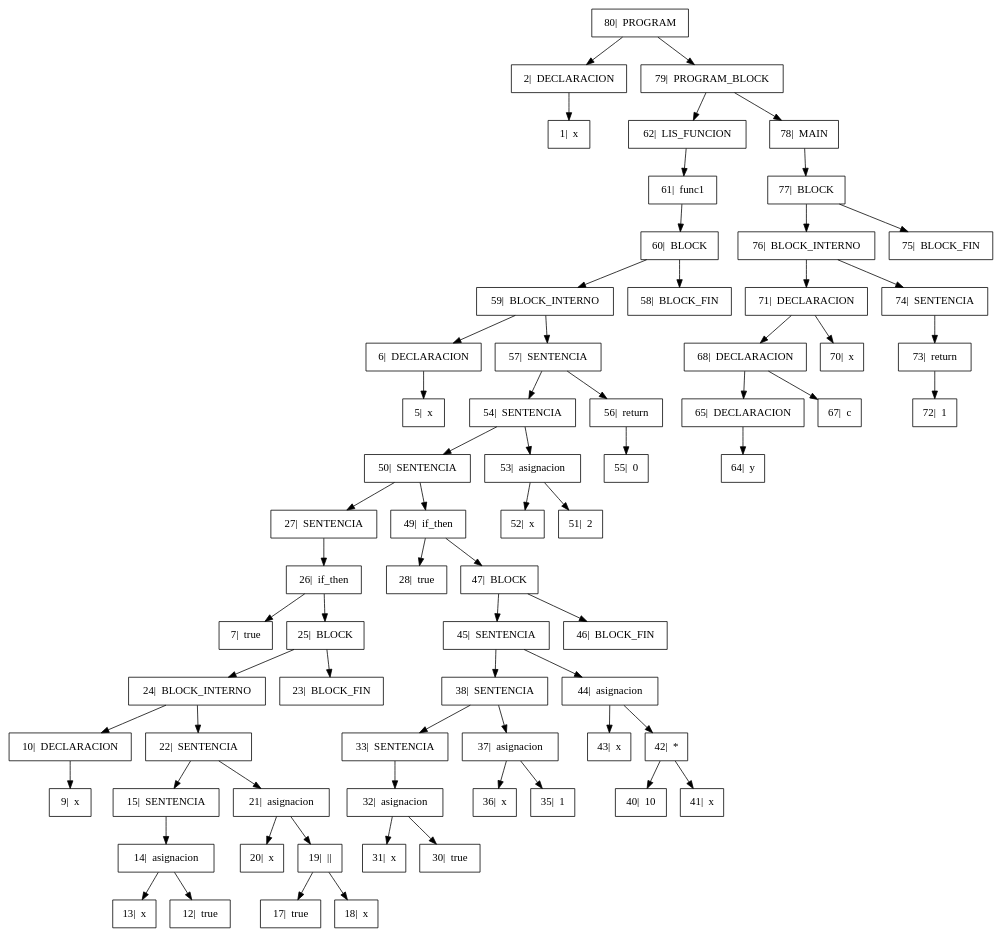
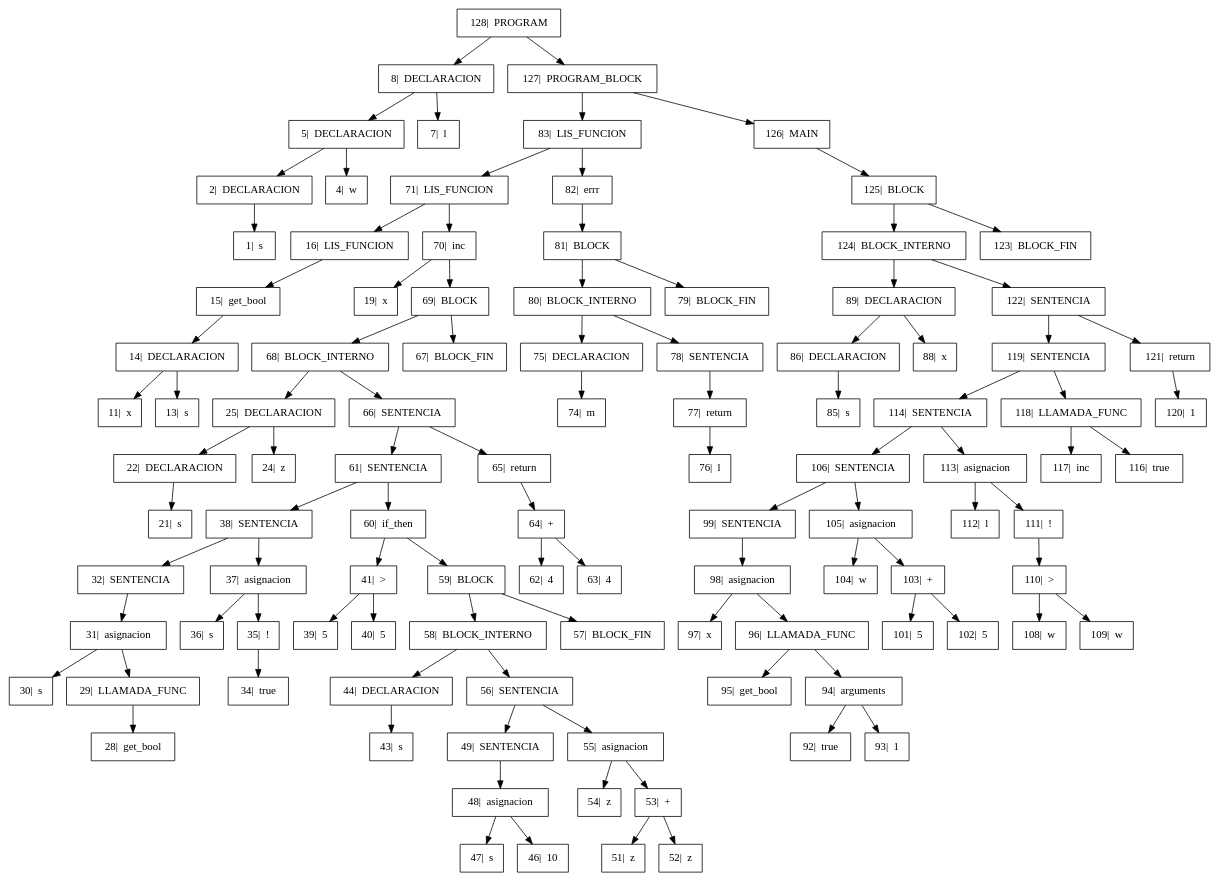
The diagram in Proyecto/output/Arbol.dot (GiovA07/PRE-PROYECTO-COMPILADORES), drawn with Graphviz before and after one commit. The commit also changed 7 other files, not shown here.

```diff
--- a/Proyecto/output/Arbol.dot
+++ b/Proyecto/output/Arbol.dot
@@ -1,46 +1,67 @@
 digraph{
 
 rankdir=TB;
 
 node[shape=box];
-"80|  PROGRAM" -> "2|  DECLARACION", "79|  PROGRAM_BLOCK";
-"2|  DECLARACION" -> "1|  x" ;
-"79|  PROGRAM_BLOCK" -> "62|  LIS_FUNCION", "78|  MAIN";
-"62|  LIS_FUNCION" -> "61|  func1" ;
-"61|  func1" -> "60|  BLOCK" ;
-"60|  BLOCK" -> "59|  BLOCK_INTERNO", "58|  BLOCK_FIN";
-"59|  BLOCK_INTERNO" -> "6|  DECLARACION", "57|  SENTENCIA";
-"6|  DECLARACION" -> "5|  x" ;
-"57|  SENTENCIA" -> "54|  SENTENCIA", "56|  return";
-"54|  SENTENCIA" -> "50|  SENTENCIA", "53|  asignacion";
-"50|  SENTENCIA" -> "27|  SENTENCIA", "49|  if_then";
-"27|  SENTENCIA" -> "26|  if_then" ;
-"26|  if_then" -> "7|  true", "25|  BLOCK";
-"25|  BLOCK" -> "24|  BLOCK_INTERNO", "23|  BLOCK_FIN";
-"24|  BLOCK_INTERNO" -> "10|  DECLARACION", "22|  SENTENCIA";
-"10|  DECLARACION" -> "9|  x" ;
-"22|  SENTENCIA" -> "15|  SENTENCIA", "21|  asignacion";
-"15|  SENTENCIA" -> "14|  asignacion" ;
-"14|  asignacion" -> "13|  x", "12|  true";
-"21|  asignacion" -> "20|  x", "19|  ||";
-"19|  ||" -> "17|  true", "18|  x";
-"49|  if_then" -> "28|  true", "47|  BLOCK";
-"47|  BLOCK" -> "45|  SENTENCIA", "46|  BLOCK_FIN";
-"45|  SENTENCIA" -> "38|  SENTENCIA", "44|  asignacion";
-"38|  SENTENCIA" -> "33|  SENTENCIA", "37|  asignacion";
-"33|  SENTENCIA" -> "32|  asignacion" ;
-"32|  asignacion" -> "31|  x", "30|  true";
-"37|  asignacion" -> "36|  x", "35|  1";
-"44|  asignacion" -> "43|  x", "42|  *";
-"42|  *" -> "40|  10", "41|  x";
-"53|  asignacion" -> "52|  x", "51|  2";
-"56|  return" -> "55|  0" ;
-"78|  MAIN" -> "77|  BLOCK" ;
-"77|  BLOCK" -> "76|  BLOCK_INTERNO", "75|  BLOCK_FIN";
-"76|  BLOCK_INTERNO" -> "71|  DECLARACION", "74|  SENTENCIA";
-"71|  DECLARACION" -> "68|  DECLARACION", "70|  x";
-"68|  DECLARACION" -> "65|  DECLARACION", "67|  c";
-"65|  DECLARACION" -> "64|  y" ;
-"74|  SENTENCIA" -> "73|  return" ;
-"73|  return" -> "72|  1" ;
+"128|  PROGRAM" -> "8|  DECLARACION", "127|  PROGRAM_BLOCK";
+"8|  DECLARACION" -> "5|  DECLARACION", "7|  l";
+"5|  DECLARACION" -> "2|  DECLARACION", "4|  w";
+"2|  DECLARACION" -> "1|  s" ;
+"127|  PROGRAM_BLOCK" -> "83|  LIS_FUNCION", "126|  MAIN";
+"83|  LIS_FUNCION" -> "71|  LIS_FUNCION", "82|  errr";
+"71|  LIS_FUNCION" -> "16|  LIS_FUNCION", "70|  inc";
+"16|  LIS_FUNCION" -> "15|  get_bool" ;
+"15|  get_bool" -> "14|  DECLARACION" ;
+"14|  DECLARACION" -> "11|  x", "13|  s";
+"70|  inc" -> "19|  x", "69|  BLOCK";
+"69|  BLOCK" -> "68|  BLOCK_INTERNO", "67|  BLOCK_FIN";
+"68|  BLOCK_INTERNO" -> "25|  DECLARACION", "66|  SENTENCIA";
+"25|  DECLARACION" -> "22|  DECLARACION", "24|  z";
+"22|  DECLARACION" -> "21|  s" ;
+"66|  SENTENCIA" -> "61|  SENTENCIA", "65|  return";
+"61|  SENTENCIA" -> "38|  SENTENCIA", "60|  if_then";
+"38|  SENTENCIA" -> "32|  SENTENCIA", "37|  asignacion";
+"32|  SENTENCIA" -> "31|  asignacion" ;
+"31|  asignacion" -> "30|  s", "29|  LLAMADA_FUNC";
+"29|  LLAMADA_FUNC" -> "28|  get_bool" ;
+"37|  asignacion" -> "36|  s", "35|  !";
+"35|  !" -> "34|  true" ;
+"60|  if_then" -> "41|  >", "59|  BLOCK";
+"41|  >" -> "39|  5", "40|  5";
+"59|  BLOCK" -> "58|  BLOCK_INTERNO", "57|  BLOCK_FIN";
+"58|  BLOCK_INTERNO" -> "44|  DECLARACION", "56|  SENTENCIA";
+"44|  DECLARACION" -> "43|  s" ;
+"56|  SENTENCIA" -> "49|  SENTENCIA", "55|  asignacion";
+"49|  SENTENCIA" -> "48|  asignacion" ;
+"48|  asignacion" -> "47|  s", "46|  10";
+"55|  asignacion" -> "54|  z", "53|  +";
+"53|  +" -> "51|  z", "52|  z";
+"65|  return" -> "64|  +" ;
+"64|  +" -> "62|  4", "63|  4";
+"82|  errr" -> "81|  BLOCK" ;
+"81|  BLOCK" -> "80|  BLOCK_INTERNO", "79|  BLOCK_FIN";
+"80|  BLOCK_INTERNO" -> "75|  DECLARACION", "78|  SENTENCIA";
+"75|  DECLARACION" -> "74|  m" ;
+"78|  SENTENCIA" -> "77|  return" ;
+"77|  return" -> "76|  l" ;
+"126|  MAIN" -> "125|  BLOCK" ;
+"125|  BLOCK" -> "124|  BLOCK_INTERNO", "123|  BLOCK_FIN";
+"124|  BLOCK_INTERNO" -> "89|  DECLARACION", "122|  SENTENCIA";
+"89|  DECLARACION" -> "86|  DECLARACION", "88|  x";
+"86|  DECLARACION" -> "85|  s" ;
+"122|  SENTENCIA" -> "119|  SENTENCIA", "121|  return";
+"119|  SENTENCIA" -> "114|  SENTENCIA", "118|  LLAMADA_FUNC";
+"114|  SENTENCIA" -> "106|  SENTENCIA", "113|  asignacion";
+"106|  SENTENCIA" -> "99|  SENTENCIA", "105|  asignacion";
+"99|  SENTENCIA" -> "98|  asignacion" ;
+"98|  asignacion" -> "97|  x", "96|  LLAMADA_FUNC";
+"96|  LLAMADA_FUNC" -> "95|  get_bool", "94|  arguments";
+"94|  arguments" -> "92|  true", "93|  1";
+"105|  asignacion" -> "104|  w", "103|  +";
+"103|  +" -> "101|  5", "102|  5";
+"113|  asignacion" -> "112|  l", "111|  !";
+"111|  !" -> "110|  >" ;
+"110|  >" -> "108|  w", "109|  w";
+"118|  LLAMADA_FUNC" -> "117|  inc", "116|  true";
+"121|  return" -> "120|  1" ;
 }
```
